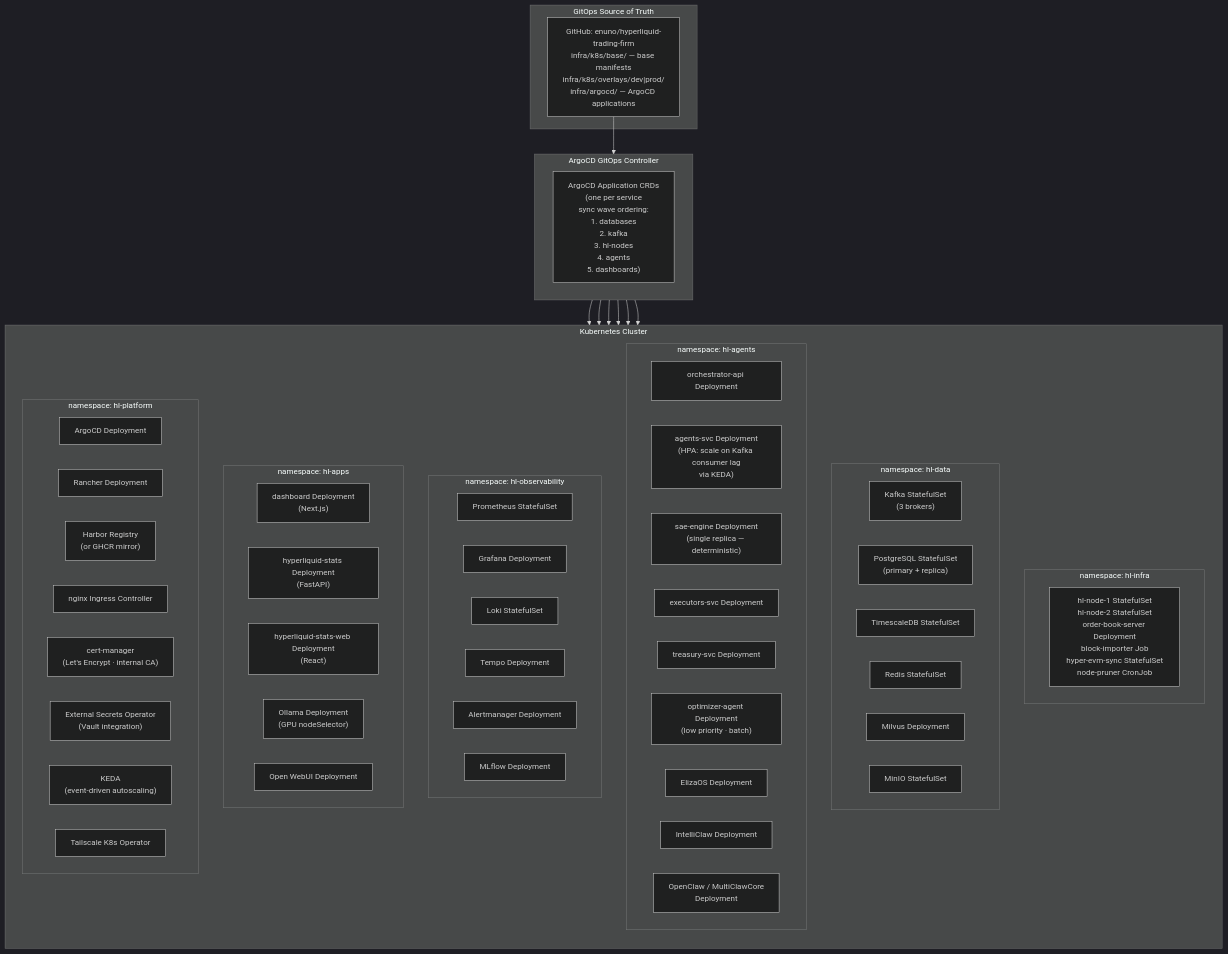
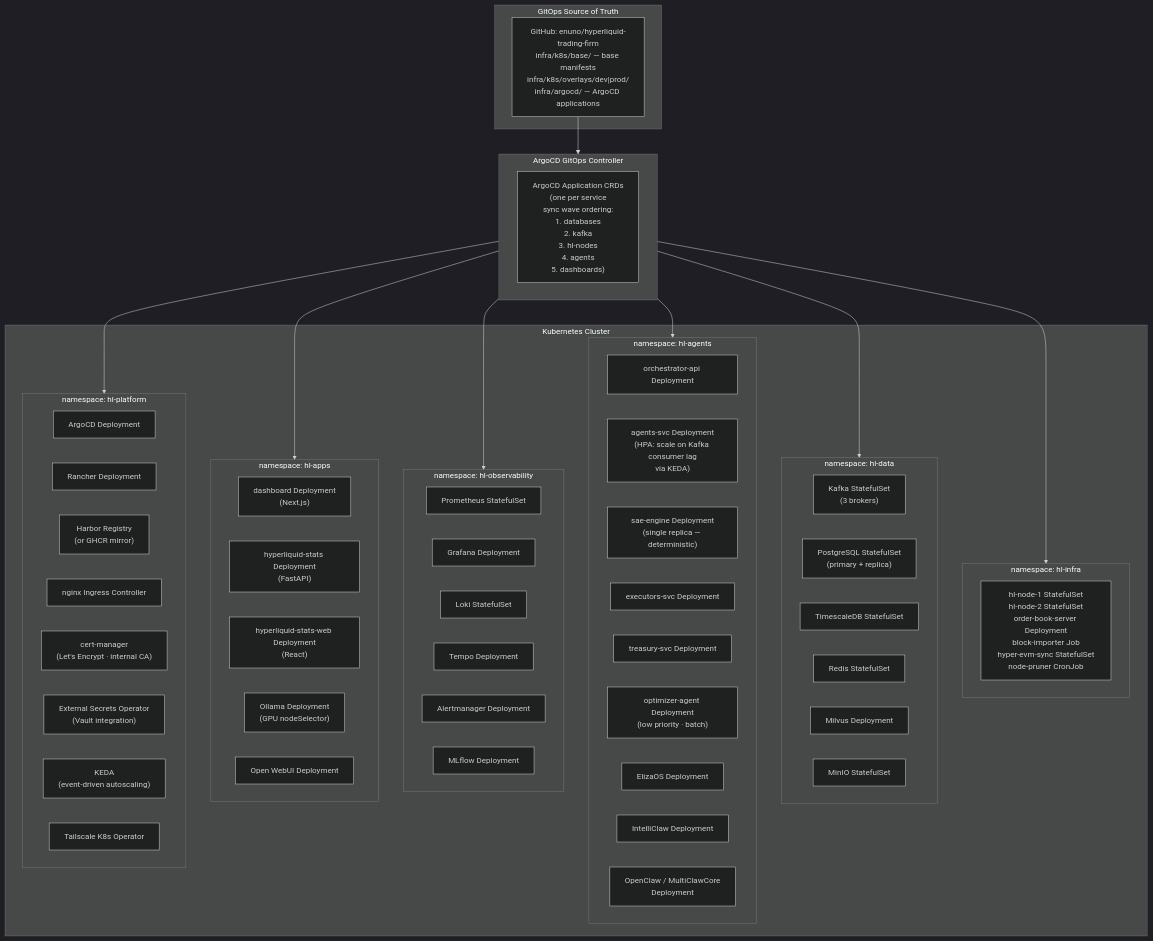
Diagram 11 of 12 in docs/APP_INFRASTRUCTURE.md (enuno/hyperliquid-trading-firm), drawn with Mermaid (dark theme) before and after one commit. The commit also changed other lines of this file, not shown here.

First line of the commit message:
fix: resolve Mermaid rendering errors in 8 diagrams

````diff
--- a/docs/APP_INFRASTRUCTURE.md
+++ b/docs/APP_INFRASTRUCTURE.md
@@ -699,70 +752,73 @@
 ```mermaid
 graph TB
     subgraph GITOPS["GitOps Source of Truth"]
         GIT_REPO["GitHub: enuno/hyperliquid-trading-firm\ninfra/k8s/base/ — base manifests\ninfra/k8s/overlays/dev|prod/\ninfra/argocd/ — ArgoCD applications"]
     end
 
     subgraph ARGOCD_CTRL["ArgoCD GitOps Controller"]
         ARGOCD_APP["ArgoCD Application CRDs\n(one per service\nsync wave ordering:\n  1. databases\n  2. kafka\n  3. hl-nodes\n  4. agents\n  5. dashboards)"]
     end
 
     subgraph K8S_CLUSTER["Kubernetes Cluster"]
-        direction TB
-
         subgraph NS_INFRA["namespace: hl-infra"]
             HL_NODE_DEPLOY["hl-node-1 StatefulSet\nhl-node-2 StatefulSet\norder-book-server Deployment\nblock-importer Job\nhyper-evm-sync StatefulSet\nnode-pruner CronJob"]
         end
 
         subgraph NS_DATA["namespace: hl-data"]
             KAFKA_DEPLOY["Kafka StatefulSet\n(3 brokers)"]
             PG_DEPLOY["PostgreSQL StatefulSet\n(primary + replica)"]
             TIMESCALE_DEPLOY["TimescaleDB StatefulSet"]
             REDIS_DEPLOY["Redis StatefulSet"]
             MILVUS_DEPLOY["Milvus Deployment"]
             MINIO_DEPLOY["MinIO StatefulSet"]
         end
 
         subgraph NS_AGENTS["namespace: hl-agents"]
             ORCH_DEPLOY["orchestrator-api Deployment"]
             AGENTS_DEPLOY["agents-svc Deployment\n(HPA: scale on Kafka consumer lag\nvia KEDA)"]
             SAE_DEPLOY["sae-engine Deployment\n(single replica — deterministic)"]
             EXEC_DEPLOY["executors-svc Deployment"]
             TREASURY_DEPLOY["treasury-svc Deployment"]
             OPTIMIZER_DEPLOY["optimizer-agent Deployment\n(low priority · batch)"]
             ELIZA_DEPLOY["ElizaOS Deployment"]
             INTELLICLAW_DEPLOY["IntelliClaw Deployment"]
             OPENCLAW_DEPLOY["OpenClaw / MultiClawCore\nDeployment"]
         end
 
         subgraph NS_OBS["namespace: hl-observability"]
             PROM_DEPLOY["Prometheus StatefulSet"]
             GRAFANA_DEPLOY["Grafana Deployment"]
             LOKI_DEPLOY["Loki StatefulSet"]
             TEMPO_DEPLOY["Tempo Deployment"]
             ALERTMGR_DEPLOY["Alertmanager Deployment"]
             MLFLOW_DEPLOY["MLflow Deployment"]
         end
 
         subgraph NS_APP["namespace: hl-apps"]
             DASH_DEPLOY["dashboard Deployment\n(Next.js)"]
             HL_STATS_DEPLOY["hyperliquid-stats Deployment\n(FastAPI)"]
             HL_STATS_WEB_DEPLOY["hyperliquid-stats-web Deployment\n(React)"]
             OLLAMA_DEPLOY["Ollama Deployment\n(GPU nodeSelector)"]
             OPENWEBUI_DEPLOY["Open WebUI Deployment"]
         end
 
         subgraph NS_PLATFORM["namespace: hl-platform"]
             ARGOCD_DEPLOY["ArgoCD Deployment"]
             RANCHER_DEPLOY["Rancher Deployment"]
             HARBOR_DEPLOY["Harbor Registry\n(or GHCR mirror)"]
             NGINX_CTRL["nginx Ingress Controller"]
             CERT_MGR["cert-manager\n(Let's Encrypt · internal CA)"]
             EXTSECRTS["External Secrets Operator\n(Vault integration)"]
             KEDA_CTRL["KEDA\n(event-driven autoscaling)"]
             TAILSCALE_OP["Tailscale K8s Operator"]
         end
     end
 
     GIT_REPO --> ARGOCD_CTRL
-    ARGOCD_CTRL --> NS_INFRA & NS_DATA & NS_AGENTS & NS_OBS & NS_APP & NS_PLATFORM
+    ARGOCD_CTRL --> NS_INFRA
+    ARGOCD_CTRL --> NS_DATA
+    ARGOCD_CTRL --> NS_AGENTS
+    ARGOCD_CTRL --> NS_OBS
+    ARGOCD_CTRL --> NS_APP
+    ARGOCD_CTRL --> NS_PLATFORM
 ```
````
